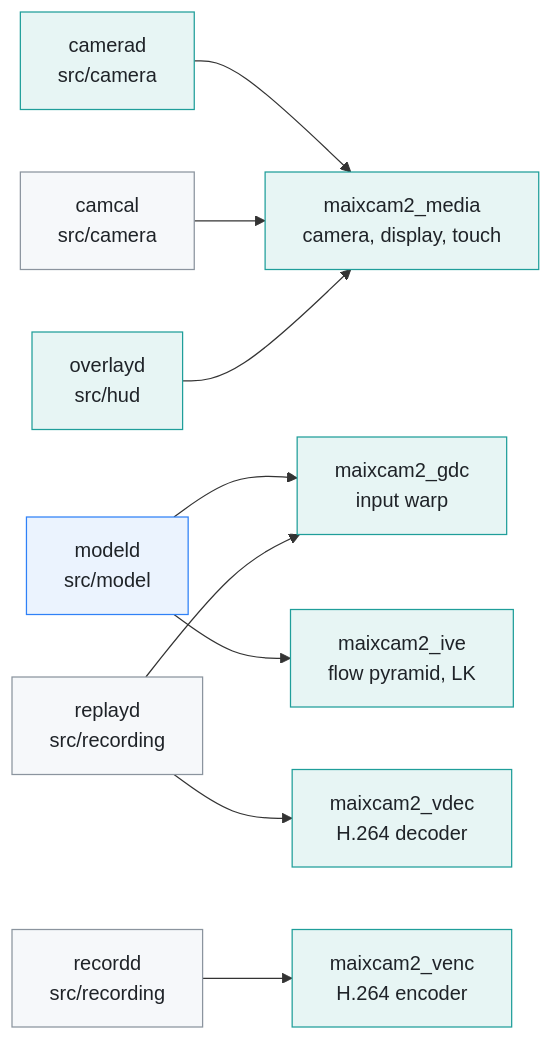
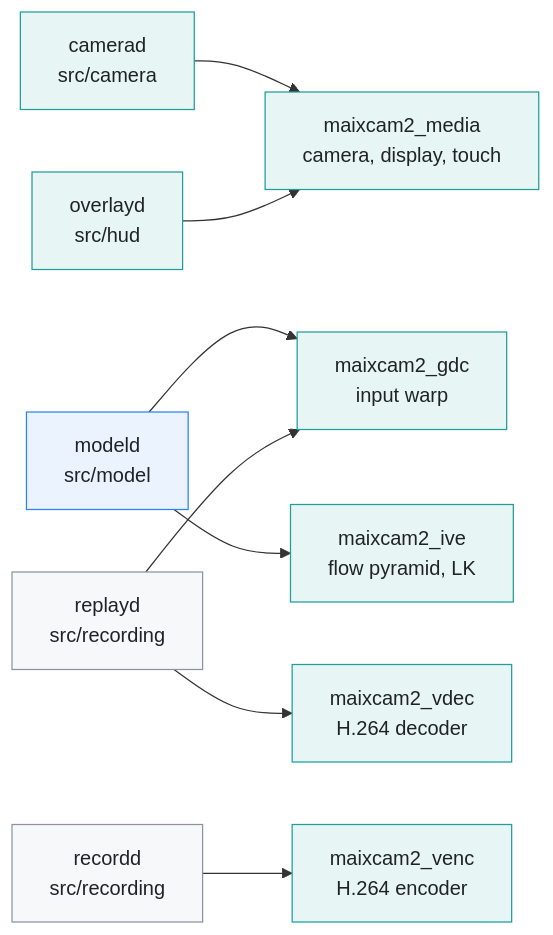
Before and after one commit to cwal1220/edgepilot: the fifth of 7 diagrams in docs/source-layout.md, drawn with Mermaid. The commit also changed other lines of this file and 114 other files, not shown here.

````diff
--- a/docs/source-layout.md
+++ b/docs/source-layout.md
@@ -145,17 +145,16 @@
 ```mermaid
 flowchart LR
     camerad["camerad<br>src/camera"] --> media["maixcam2_media<br>camera, display, touch"]
-    camcal["camcal<br>src/camera"] --> media
     overlayd["overlayd<br>src/hud"] --> media
     modeld["modeld<br>src/model"] --> gdc["maixcam2_gdc<br>input warp"]
     modeld --> ive["maixcam2_ive<br>flow pyramid, LK"]
     replayd["replayd<br>src/recording"] --> gdc
     replayd --> vdec["maixcam2_vdec<br>H.264 decoder"]
     recordd["recordd<br>src/recording"] --> venc["maixcam2_venc<br>H.264 encoder"]
     classDef pixel fill:#e7f5f4,stroke:#1f9e9a,color:#1f2328
     classDef compute fill:#ebf3fe,stroke:#2f81f7,color:#1f2328
     classDef proc fill:#f6f8fa,stroke:#8b949e,color:#1f2328
     class camerad,overlayd,media,gdc,ive,vdec,venc pixel
     class modeld compute
-    class camcal,replayd,recordd proc
+    class replayd,recordd proc
 ```
````
